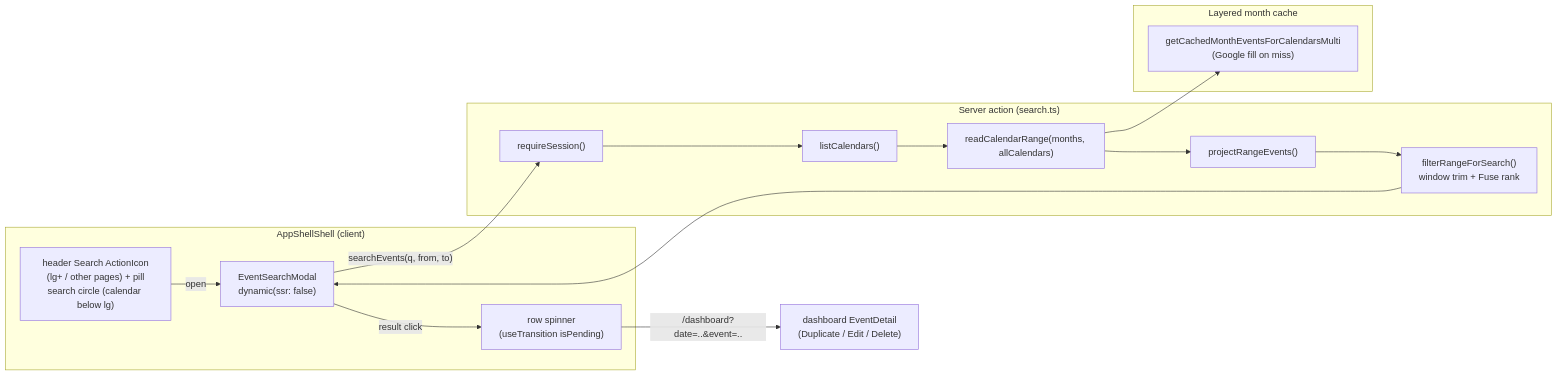
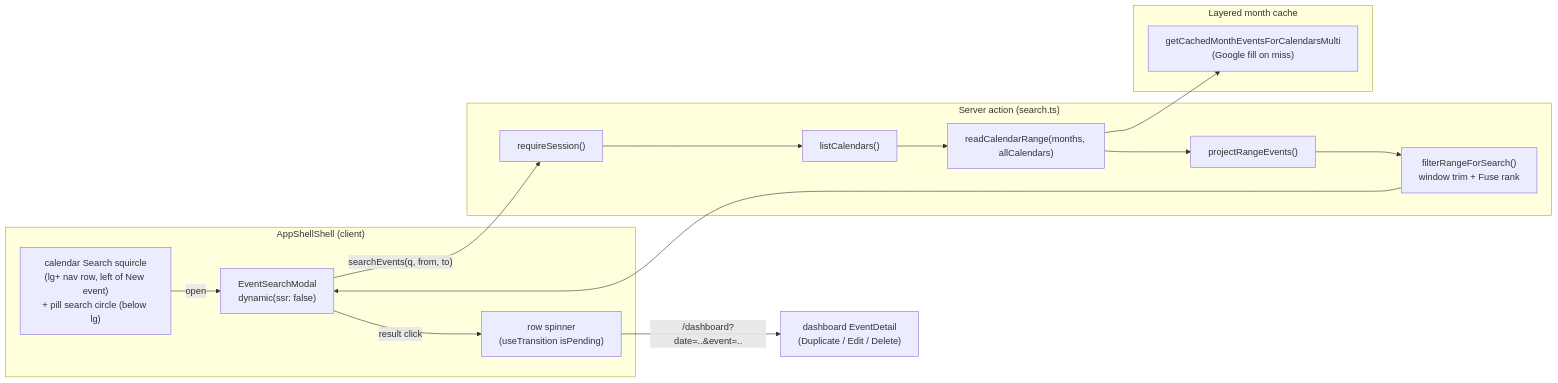
Before and after one commit to oncloudnintynineone-source/cloudy2: the diagram in docs/event-search.md, drawn with Mermaid. The commit also changed other lines of this file and 14 other files, not shown here.

Commit message:
Move event search to the calendar page; border/shadow parity + softened create/links fills

````diff
--- a/docs/event-search.md
+++ b/docs/event-search.md
@@ -63,23 +64,23 @@
 ```mermaid
 flowchart LR
  subgraph SHELL["AppShellShell (client)"]
- B["header Search ActionIcon<br/>(lg+ / other pages) + pill<br/>search circle (calendar below lg)"]
+ B["calendar Search squircle<br/>(lg+ nav row, left of New event)<br/>+ pill search circle (below lg)"]
  M["EventSearchModal<br/>dynamic(ssr: false)"]
  SPIN["row spinner<br/>(useTransition isPending)"]
  end
  subgraph ACTION["Server action (search.ts)"]
  R["requireSession()"]
  C["listCalendars()"]
  RC["readCalendarRange(months, allCalendars)"]
  PJ["projectRangeEvents()"]
  FF["filterRangeForSearch()<br/>window trim + Fuse rank"]
  end
  subgraph CACHE["Layered month cache"]
  MC["getCachedMonthEventsForCalendarsMulti<br/>(Google fill on miss)"]
  end
  B -->|open| M
  M -->|"searchEvents(q, from, to)"| R --> C --> RC --> MC
  RC --> PJ --> FF --> M
  M -->|result click| SPIN
  SPIN -->|"/dashboard?date=..&event=.."| DEEP["dashboard EventDetail<br/>(Duplicate / Edit / Delete)"]
 ```
````
